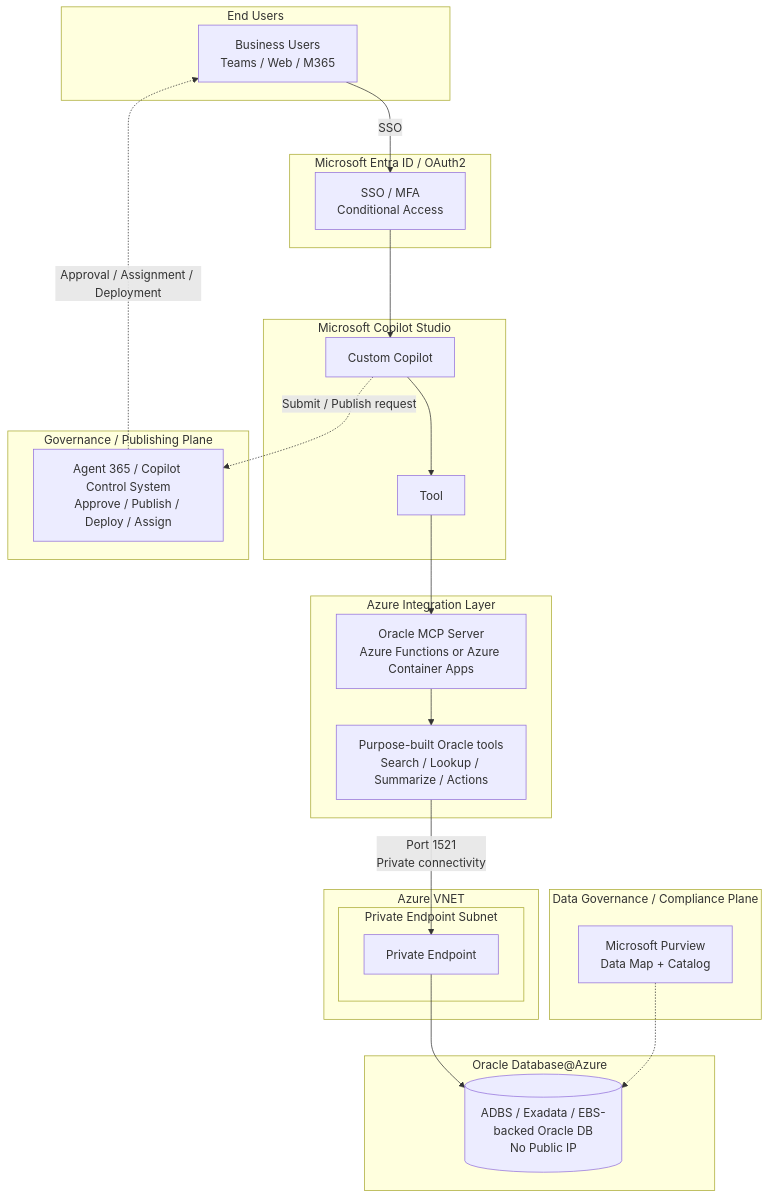
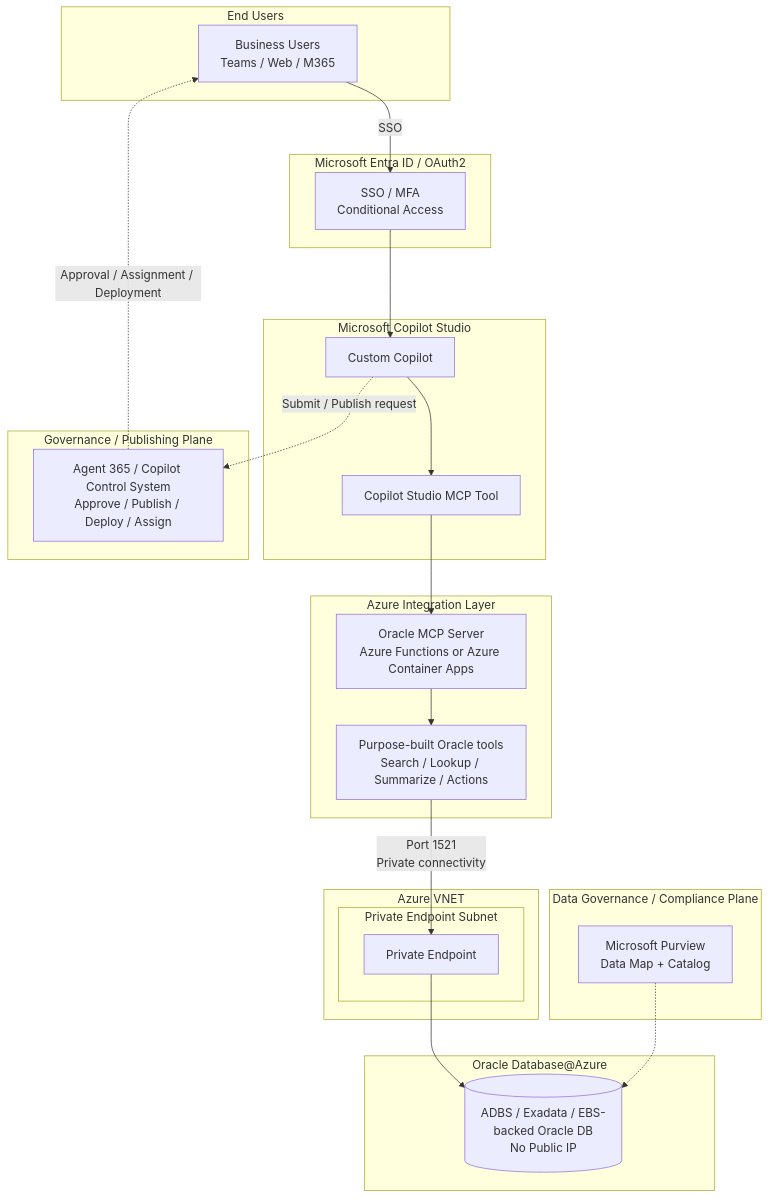
The second of 10 diagrams in docs/02-reference-architectures.md (ryellajo12/ODAA-AI-Playbook), drawn with Mermaid before and after one commit.

Commit message:
Rename Tool to Copilot Studio MCP Tool

````diff
--- a/docs/02-reference-architectures.md
+++ b/docs/02-reference-architectures.md
@@ -90,50 +90,50 @@
 ```mermaid
 graph TB
     subgraph Users[End Users]
         BU[Business Users<br/>Teams / Web / M365]
     end
 
     subgraph EntraID[Microsoft Entra ID / OAuth2]
         AUTH[SSO / MFA<br/>Conditional Access]
     end
 
     subgraph CS[Microsoft Copilot Studio]
         COP[Custom Copilot]
-        CC[Tool]
+        CC[Copilot Studio MCP Tool]
     end
 
     subgraph GOV[Governance / Publishing Plane]
         A365[Agent 365 / Copilot Control System<br/>Approve / Publish / Deploy / Assign]
     end
 
     subgraph PURV[Data Governance / Compliance Plane]
         PURVIEW[Microsoft Purview<br/>Data Map + Catalog]
     end
 
     subgraph AZ[Azure Integration Layer]
         MCP[Oracle MCP Server<br/>Azure Functions or Azure Container Apps]
         TOOLS[Purpose-built Oracle tools<br/>Search / Lookup / Summarize / Actions]
     end
 
     subgraph VNET[Azure VNET]
         subgraph PESub[Private Endpoint Subnet]
             PE[Private Endpoint]
         end
     end
 
     subgraph ODA[Oracle Database@Azure]
         DB[(ADBS / Exadata / EBS-backed Oracle DB<br/>No Public IP)]
     end
 
     BU -->|SSO| AUTH
     AUTH --> COP
     COP --> CC
     CC --> MCP
     MCP --> TOOLS
     TOOLS -->|Port 1521<br/>Private connectivity| PE
     PE --> DB
 
     COP -.->|Submit / Publish request| A365
     A365 -.->|Approval / Assignment / Deployment| BU
     PURVIEW -.-> DB
 ```
````
